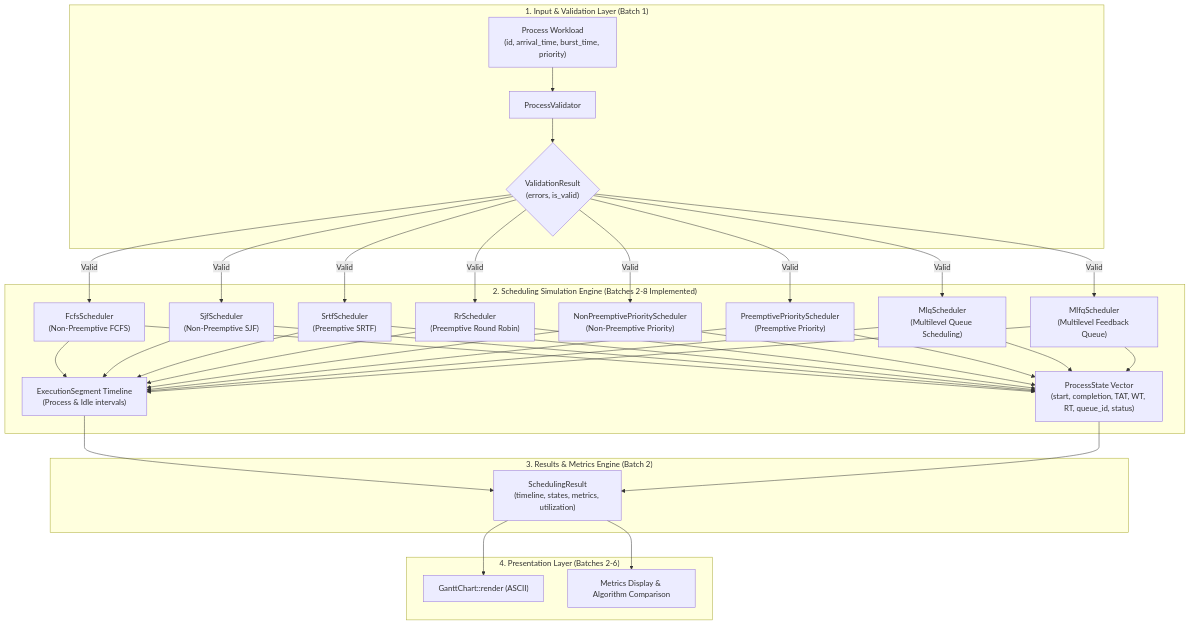
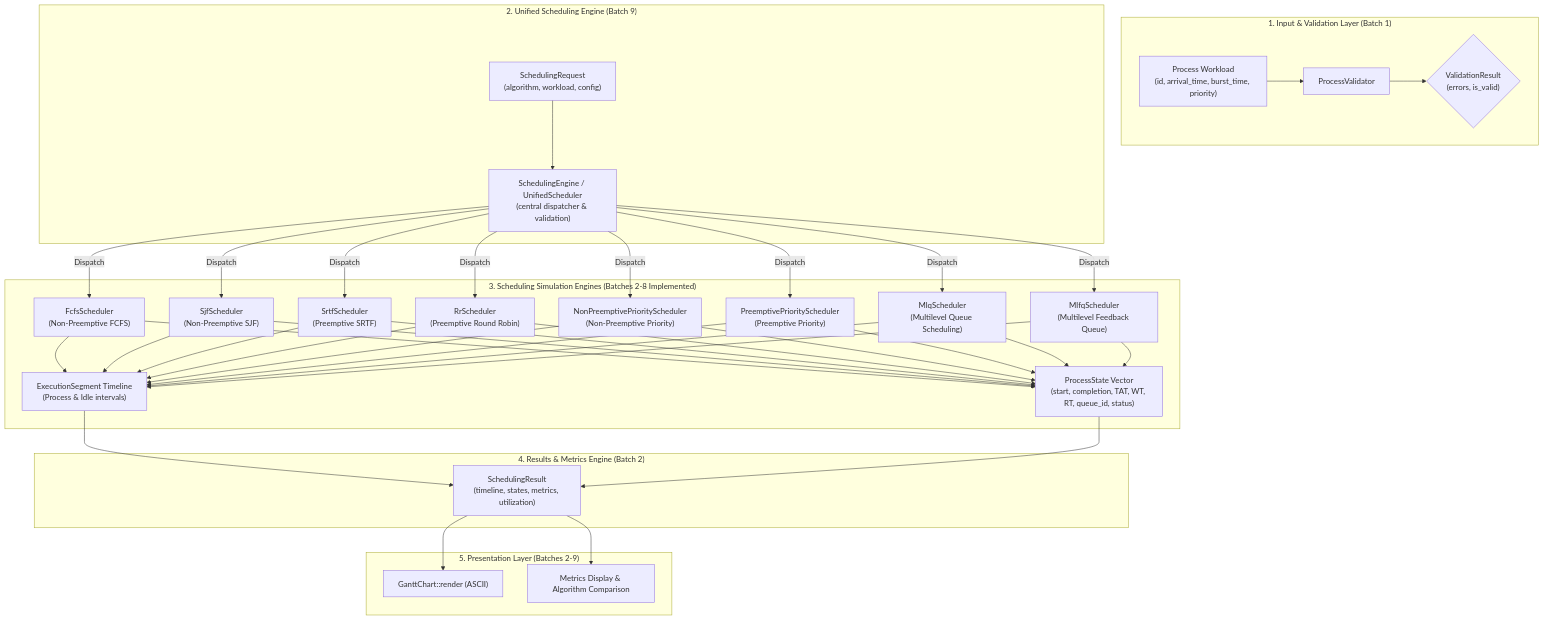
Before and after one commit to ThunderSkull7/cpu-scheduling-simulator: the diagram in docs/ARCHITECTURE.md, drawn with Mermaid. The commit also changed other lines of this file and 8 other files, not shown here.

Commit message:
feat: introduce unified scheduling engine

````diff
--- a/docs/ARCHITECTURE.md
+++ b/docs/ARCHITECTURE.md
@@ -16,29 +16,33 @@
 ```mermaid
 flowchart TD
     subgraph InputLayer["1. Input & Validation Layer (Batch 1)"]
         RawWorkload["Process Workload\n(id, arrival_time, burst_time, priority)"] --> Validator["ProcessValidator"]
         Validator --> ValidationResult{"ValidationResult\n(errors, is_valid)"}
     end
 
-    subgraph SimulationLayer["2. Scheduling Simulation Engine (Batches 2-8 Implemented)"]
-        ValidationResult -->|Valid| Fcfs["FcfsScheduler\n(Non-Preemptive FCFS)"]
-        ValidationResult -->|Valid| Sjf["SjfScheduler\n(Non-Preemptive SJF)"]
-        ValidationResult -->|Valid| Srtf["SrtfScheduler\n(Preemptive SRTF)"]
-        ValidationResult -->|Valid| Rr["RrScheduler\n(Preemptive Round Robin)"]
-        ValidationResult -->|Valid| NpPrio["NonPreemptivePriorityScheduler\n(Non-Preemptive Priority)"]
-        ValidationResult -->|Valid| PPrio["PreemptivePriorityScheduler\n(Preemptive Priority)"]
-        ValidationResult -->|Valid| Mlq["MlqScheduler\n(Multilevel Queue Scheduling)"]
-        ValidationResult -->|Valid| Mlfq["MlfqScheduler\n(Multilevel Feedback Queue)"]
+    subgraph UnifiedLayer["2. Unified Scheduling Engine (Batch 9)"]
+        SchedulingRequest["SchedulingRequest\n(algorithm, workload, config)"] --> SchedulingEngine["SchedulingEngine / UnifiedScheduler\n(central dispatcher & validation)"]
+    end
+
+    subgraph SimulationLayer["3. Scheduling Simulation Engines (Batches 2-8 Implemented)"]
+        SchedulingEngine -->|Dispatch| Fcfs["FcfsScheduler\n(Non-Preemptive FCFS)"]
+        SchedulingEngine -->|Dispatch| Sjf["SjfScheduler\n(Non-Preemptive SJF)"]
+        SchedulingEngine -->|Dispatch| Srtf["SrtfScheduler\n(Preemptive SRTF)"]
+        SchedulingEngine -->|Dispatch| Rr["RrScheduler\n(Preemptive Round Robin)"]
+        SchedulingEngine -->|Dispatch| NpPrio["NonPreemptivePriorityScheduler\n(Non-Preemptive Priority)"]
+        SchedulingEngine -->|Dispatch| PPrio["PreemptivePriorityScheduler\n(Preemptive Priority)"]
+        SchedulingEngine -->|Dispatch| Mlq["MlqScheduler\n(Multilevel Queue Scheduling)"]
+        SchedulingEngine -->|Dispatch| Mlfq["MlfqScheduler\n(Multilevel Feedback Queue)"]
         Fcfs & Sjf & Srtf & Rr & NpPrio & PPrio & Mlq & Mlfq --> ProcessState["ProcessState Vector\n(start, completion, TAT, WT, RT, queue_id, status)"]
         Fcfs & Sjf & Srtf & Rr & NpPrio & PPrio & Mlq & Mlfq --> Timeline["ExecutionSegment Timeline\n(Process & Idle intervals)"]
     end
 
-    subgraph AnalyticsLayer["3. Results & Metrics Engine (Batch 2)"]
+    subgraph AnalyticsLayer["4. Results & Metrics Engine (Batch 2)"]
         Timeline & ProcessState --> SchedulingResult["SchedulingResult\n(timeline, states, metrics, utilization)"]
     end
 
-    subgraph PresentationLayer["4. Presentation Layer (Batches 2-6)"]
+    subgraph PresentationLayer["5. Presentation Layer (Batches 2-9)"]
         SchedulingResult --> GanttChart["GanttChart::render (ASCII)"]
         SchedulingResult --> CliMetrics["Metrics Display & Algorithm Comparison"]
     end
 ```
````
